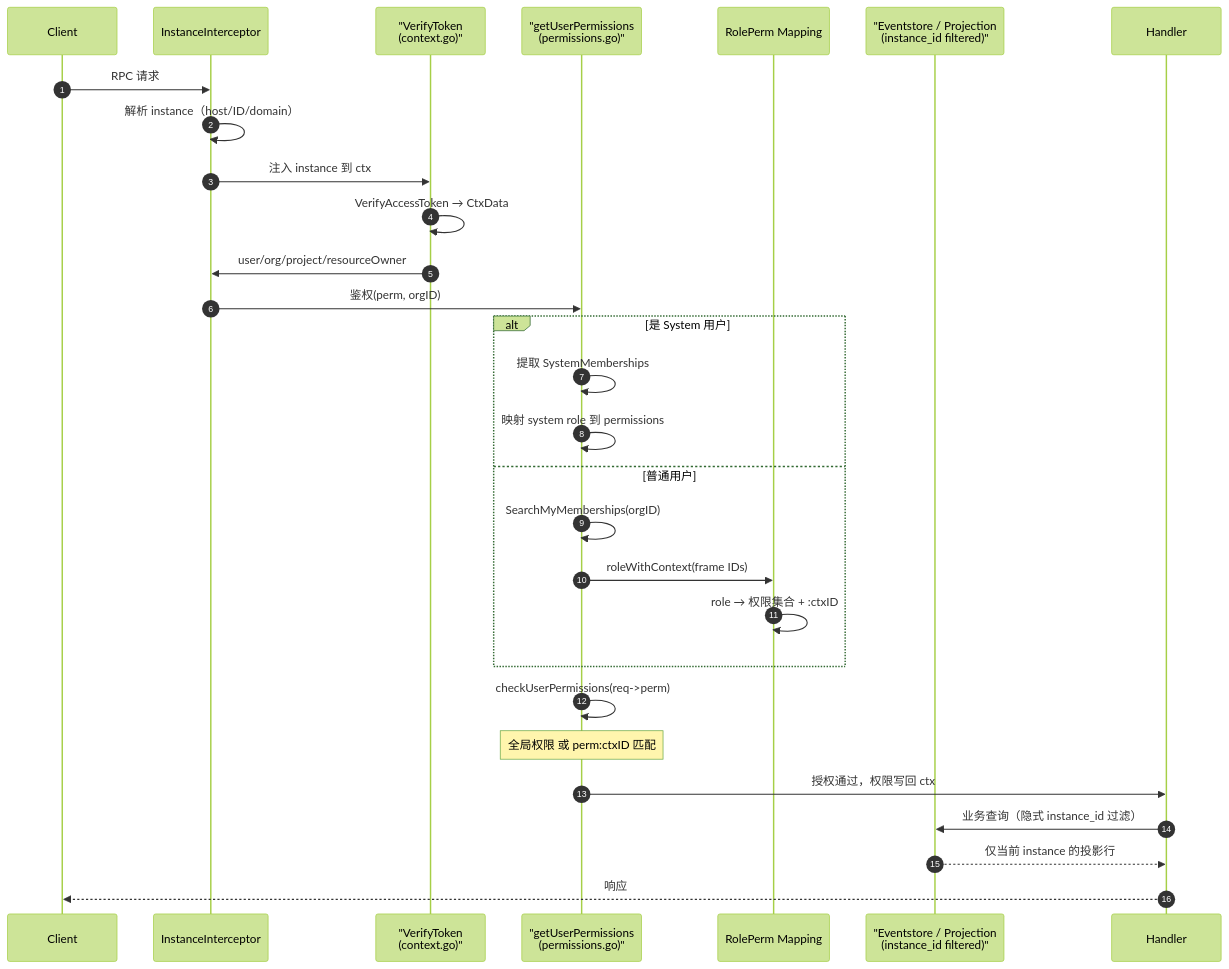
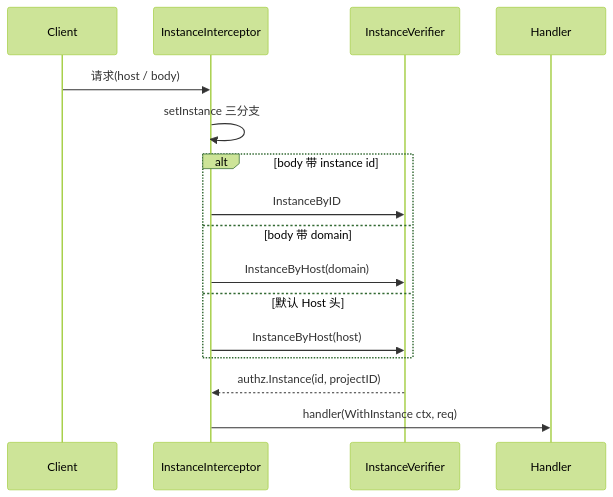
Before and after one commit to morehao/oss-insights: the first of 2 diagrams in auth/zitadel/multi-tenancy.md, drawn with Mermaid (forest theme). The commit also changed other lines of this file and 8 other files, not shown here.

````diff
--- a/auth/zitadel/multi-tenancy.md
+++ b/auth/zitadel/multi-tenancy.md
@@ -227,32 +27,19 @@
 ```mermaid
 sequenceDiagram
-  autonumber
-  participant C as Client
-  participant I as InstanceInterceptor
-  participant V as "VerifyToken<br>(context.go)"
-  participant P as "getUserPermissions<br>(permissions.go)"
-  participant R as RolePerm Mapping
-  participant ES as "Eventstore / Projection<br>(instance_id filtered)"
-  participant H as Handler
+    participant C as Client
+    participant I as InstanceInterceptor
+    participant V as InstanceVerifier
+    participant H as Handler
 
-  C->>I: RPC 请求
-  I->>I: 解析 instance（host/ID/domain）
-  I->>V: 注入 instance 到 ctx
-  V->>V: VerifyAccessToken → CtxData
-  V->>I: user/org/project/resourceOwner
-  I->>P: 鉴权(perm, orgID)
-  alt 是 System 用户
-    P->>P: 提取 SystemMemberships
-    P->>P: 映射 system role 到 permissions
-  else 普通用户
-    P->>P: SearchMyMemberships(orgID)
-    P->>R: roleWithContext(frame IDs)
-    R->>R: role → 权限集合 + :ctxID
-  end
-  P->>P: checkUserPermissions(req->perm)
-  Note over P: 全局权限 或 perm:ctxID 匹配
-  P->>H: 授权通过，权限写回 ctx
-  H->>ES: 业务查询（隐式 instance_id 过滤）
-  ES-->>H: 仅当前 instance 的投影行
-  H-->>C: 响应
+    C->>I: 请求(host / body)
+    I->>I: setInstance 三分支
+    alt body 带 instance id
+        I->>V: InstanceByID
+    else body 带 domain
+        I->>V: InstanceByHost(domain)
+    else 默认 Host 头
+        I->>V: InstanceByHost(host)
+    end
+    V-->>I: authz.Instance(id, projectID)
+    I->>H: handler(WithInstance ctx, req)
 ```
````
